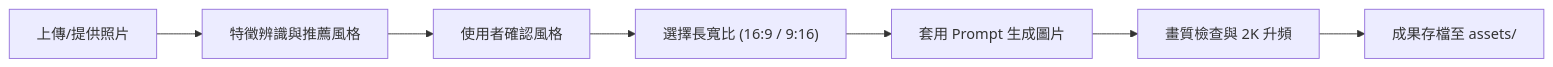
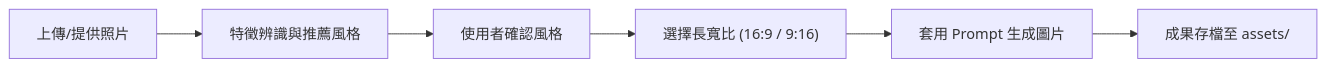
The diagram in README.md (erniesu8090-beep/picture_style_change), drawn with Mermaid before and after one commit. The commit also changed other lines of this file and 34 other files, not shown here.

First line of the commit message:
feat: 完善風格改圖器本地工作台與相關素材

````diff
--- a/README.md
+++ b/README.md
@@ -35,9 +37,8 @@
 ```mermaid
 flowchart LR
     A["上傳/提供照片"] --> B["特徵辨識與推薦風格"]
     B --> C["使用者確認風格"]
     C --> D["選擇長寬比 (16:9 / 9:16)"]
     D --> E["套用 Prompt 生成圖片"]
-    E --> F["畫質檢查與 2K 升頻"]
-    F --> G["成果存檔至 assets/"]
+    E --> F["成果存檔至 assets/"]
 ```
````
